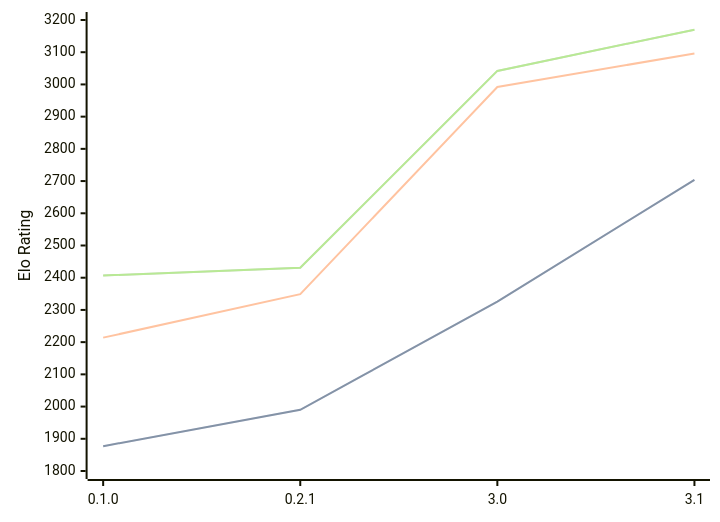
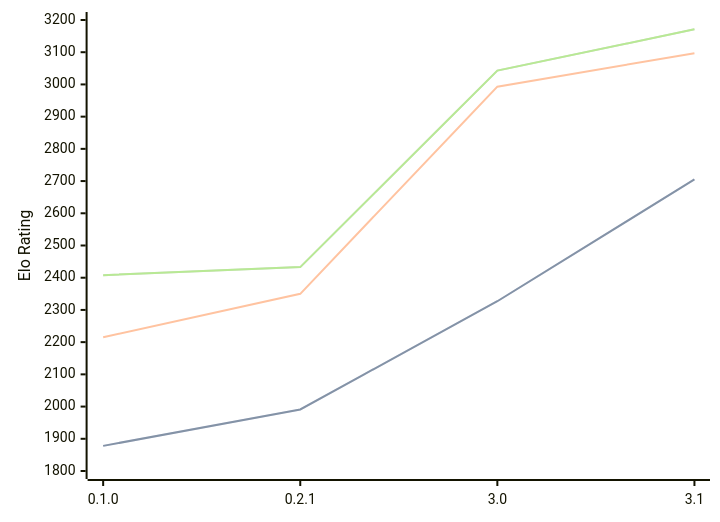
The diagram in engines/Sykora.md (computer-chess-index/cci), drawn with Mermaid before and after one commit. The commit also changed other lines of this file, not shown here.

Commit message:
Update CCI Ratings (ELO VLTC) - 2026-07-23

````diff
--- a/engines/Sykora.md
+++ b/engines/Sykora.md
@@ -35,11 +35,11 @@
 ```mermaid
 %%{init: {"theme":"base","themeVariables":{"seriesColors:['#a3a3a3','#222221','#faa371']}}}%%
 xychart-beta
   x-axis ["0.1.0", "0.2.1", "3.0", "3.1"]
   y-axis "Elo Rating" 1800 --> 3200
-  line "STC (8.0+0.08s)" [1877, 1990, 2326, 2704]
-  line "STC (8.0+0.08s)" [1877, 1990, 2326, 2704]
-  line "LTC (60.0+0.60s)" [2214, 2349, 2992, 3096]
-  line "VLTC (2m24s+1.12s)" [2407, 2431, 3042, 3170]
-  line "VLTC (2m24s+1.12s)" [2407, 2431, 3042, 3170]
+  line "STC (8.0+0.08s)" [1878, 1991, 2327, 2705]
+  line "STC (8.0+0.08s)" [1878, 1991, 2327, 2705]
+  line "LTC (60.0+0.60s)" [2215, 2350, 2993, 3097]
+  line "VLTC (2m24s+1.12s)" [2408, 2433, 3043, 3171]
+  line "VLTC (2m24s+1.12s)" [2408, 2433, 3043, 3171]
 ```
````
